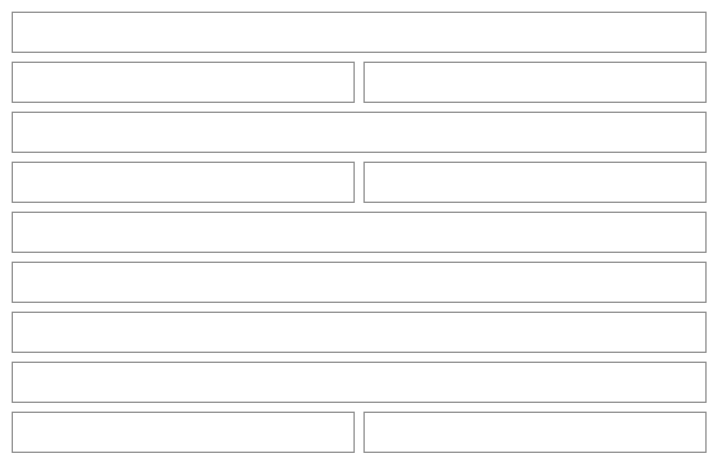
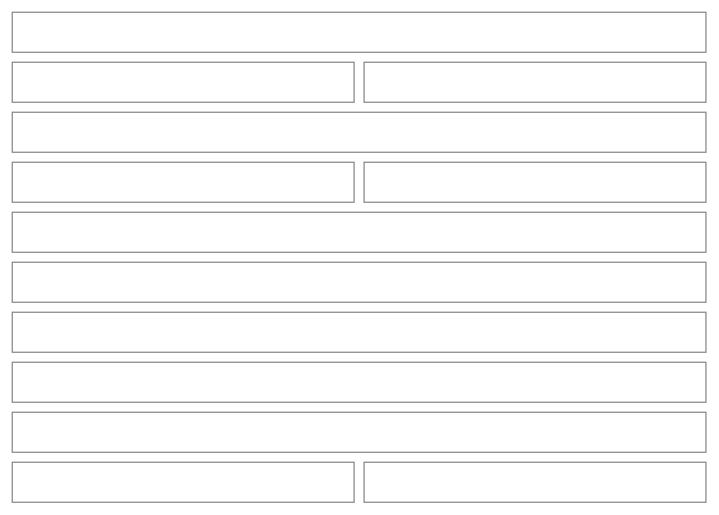
Before and after one commit to NovaMoonX/moondreams-dev-apps: diagram 31 of 54 in src/apps/pinch/UX.md, drawn with Mermaid. The commit also changed other lines of this file and 12 other files, not shown here.

````diff
--- a/src/apps/pinch/UX.md
+++ b/src/apps/pinch/UX.md
@@ -1055,29 +1060,31 @@
 ```mermaid
 %%{init: {'theme': 'base', 'themeVariables': {'primaryColor': 'transparent', 'primaryBorderColor': '#888888', 'primaryTextColor': '#333333', 'lineColor': '#888888'}}}%%
 block-beta
   columns 2
-  K1["‹ Adobo chicken & 1 more"]:2
+  K1["‹ Adobo chicken & 1 more                🎙 (only where the browser can listen)"]:2
   K1b["Adobo chicken  (dish card, on screen)"]:1
   K1c["Cilantro lime rice · Step 1 of 2"]:1
   K1n["📝 Oct 13: …Next time double the garlic  ⌄"]:2
   K4["Step 2 of 3  ▬▬▬▬───"]:1
   K3["☰ Ingredients"]:1
   K5["Simmer everything with the bay leaves and pepper, covered, for 25 minutes."]:2
   K6["⏲️ Timer · 25:00   ▶ Start"]:2
   K5b["For this step · Bay leaves 2 · Black pepper 1 tsp  (quieter tinted block)"]:2
   K7["12:41 · Adobo chicken / Marinate the chicken   ⏸  ✕  (timers from other steps)"]:2
+  K7v["Listening  (or Heard “next”, or Garlic: 6)            What to say  (only while voice is on)"]:2
   K8["Back"]:1
   K9["Next"]:1
   style K1 fill:transparent,stroke:#888888,stroke-width:1px;
   style K1b fill:transparent,stroke:#888888,stroke-width:1px;
   style K1c fill:transparent,stroke:#888888,stroke-width:1px;
   style K1n fill:transparent,stroke:#888888,stroke-width:1px;
   style K3 fill:transparent,stroke:#888888,stroke-width:1px;
   style K4 fill:transparent,stroke:#888888,stroke-width:1px;
   style K5 fill:transparent,stroke:#888888,stroke-width:1px;
   style K5b fill:transparent,stroke:#888888,stroke-width:1px;
   style K6 fill:transparent,stroke:#888888,stroke-width:1px;
   style K7 fill:transparent,stroke:#888888,stroke-width:1px;
+  style K7v fill:transparent,stroke:#888888,stroke-width:1px;
   style K8 fill:transparent,stroke:#888888,stroke-width:1px;
   style K9 fill:transparent,stroke:#888888,stroke-width:1px;
 ```
````
